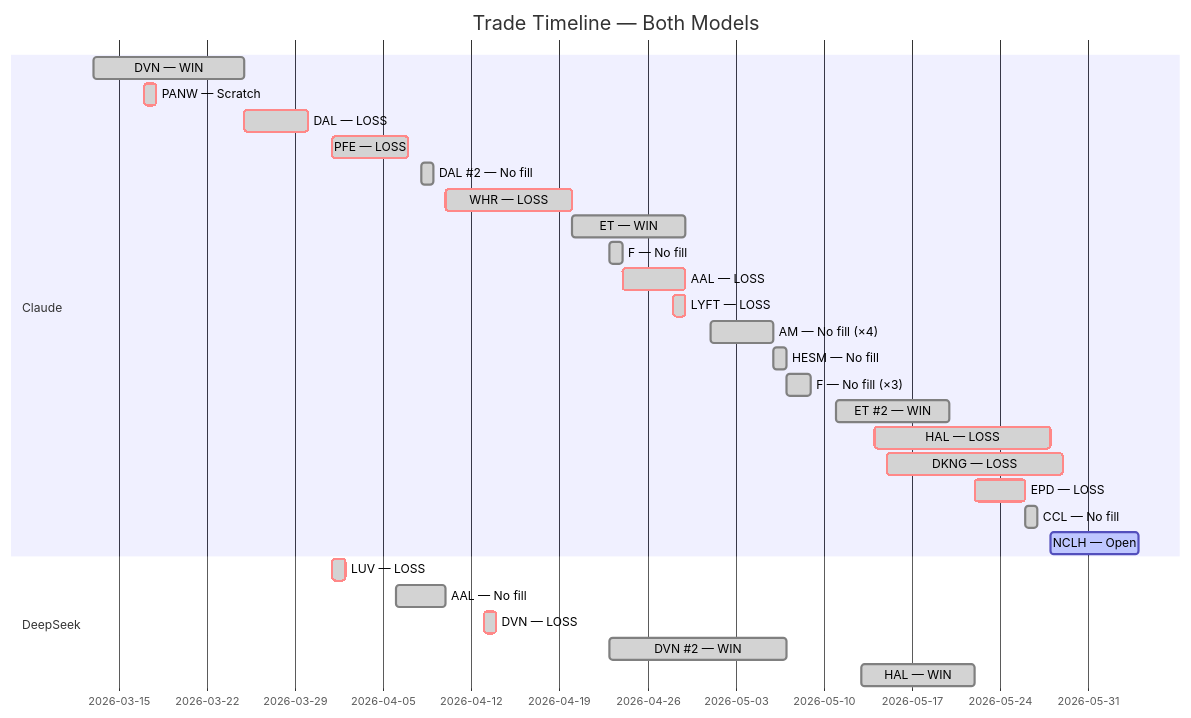
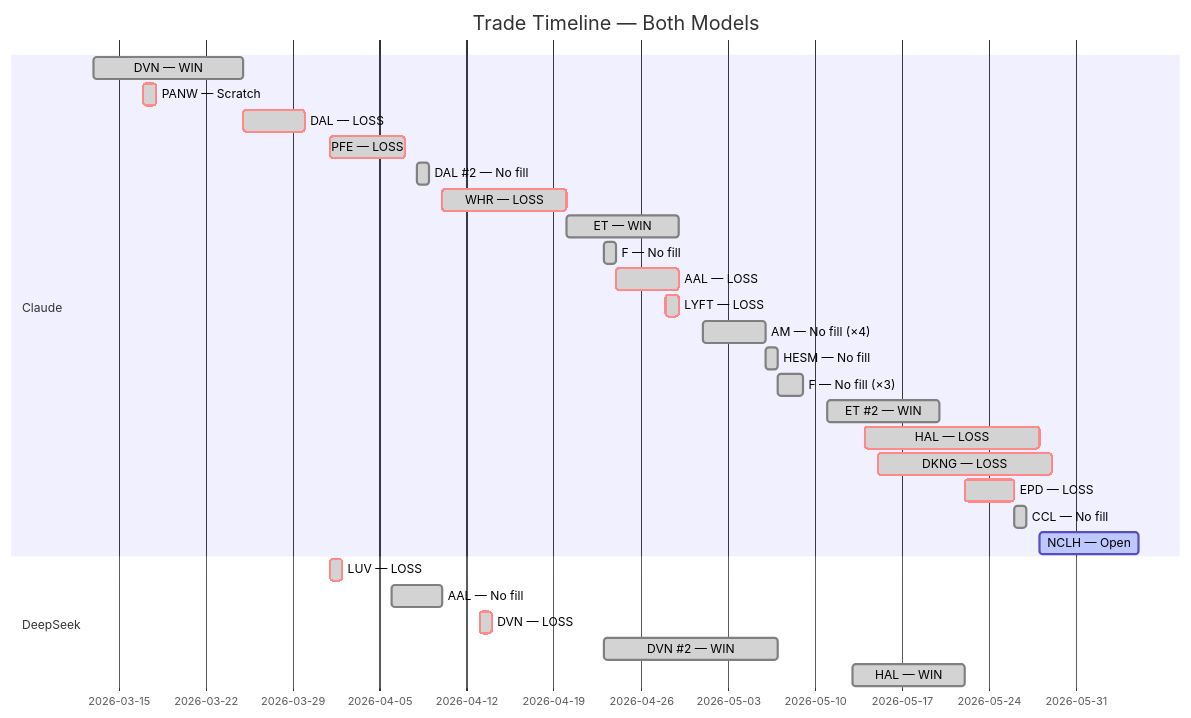
Before and after one commit to zachisit/ai-auto-buy-thesis: the fifth of 5 diagrams in README.md, drawn with Mermaid. The commit also changed other lines of this file and 2 other files, not shown here.

Commit message:
Update README and add session logs for 6/5 — NCLH Day 8 +$43.74, stop trailed $16.65→$18.50

````diff
--- a/README.md
+++ b/README.md
@@ -63,31 +63,31 @@
 ```mermaid
 gantt
     title Trade Timeline — Both Models
     dateFormat YYYY-MM-DD
     section Claude
     DVN — WIN            :done,    2026-03-13, 2026-03-25
     PANW — Scratch       :crit, done, 2026-03-17, 2026-03-18
     DAL — LOSS           :crit, done, 2026-03-25, 2026-03-30
     PFE — LOSS           :crit, done, 2026-04-01, 2026-04-07
     DAL #2 — No fill     :done,    2026-04-08, 2026-04-09
     WHR — LOSS           :crit, done, 2026-04-10, 2026-04-20
     ET — WIN             :done,    2026-04-20, 2026-04-29
     F — No fill          :done,    2026-04-23, 2026-04-24
     AAL — LOSS           :crit, done, 2026-04-24, 2026-04-29
     LYFT — LOSS          :crit, done, 2026-04-28, 2026-04-29
     AM — No fill (×4)    :done,    2026-05-01, 2026-05-06
     HESM — No fill       :done,    2026-05-06, 2026-05-07
     F — No fill (×3)     :done,    2026-05-07, 2026-05-09
     ET #2 — WIN          :done,    2026-05-11, 2026-05-20
     HAL — LOSS           :crit, done, 2026-05-14, 2026-05-28
     DKNG — LOSS          :crit, done, 2026-05-15, 2026-05-29
     EPD — LOSS           :crit, done, 2026-05-22, 2026-05-26
     CCL — No fill        :done,    2026-05-26, 2026-05-27
-    NCLH — Open          :active,  2026-05-28, 2026-06-04
+    NCLH — Open          :active,  2026-05-28, 2026-06-05
     section DeepSeek
     LUV — LOSS           :crit, done, 2026-04-01, 2026-04-02
     AAL — No fill        :done,    2026-04-06, 2026-04-10
     DVN — LOSS           :crit, done, 2026-04-13, 2026-04-14
     DVN #2 — WIN         :done,    2026-04-23, 2026-05-07
     HAL — WIN            :done,    2026-05-13, 2026-05-22
 ```
````
